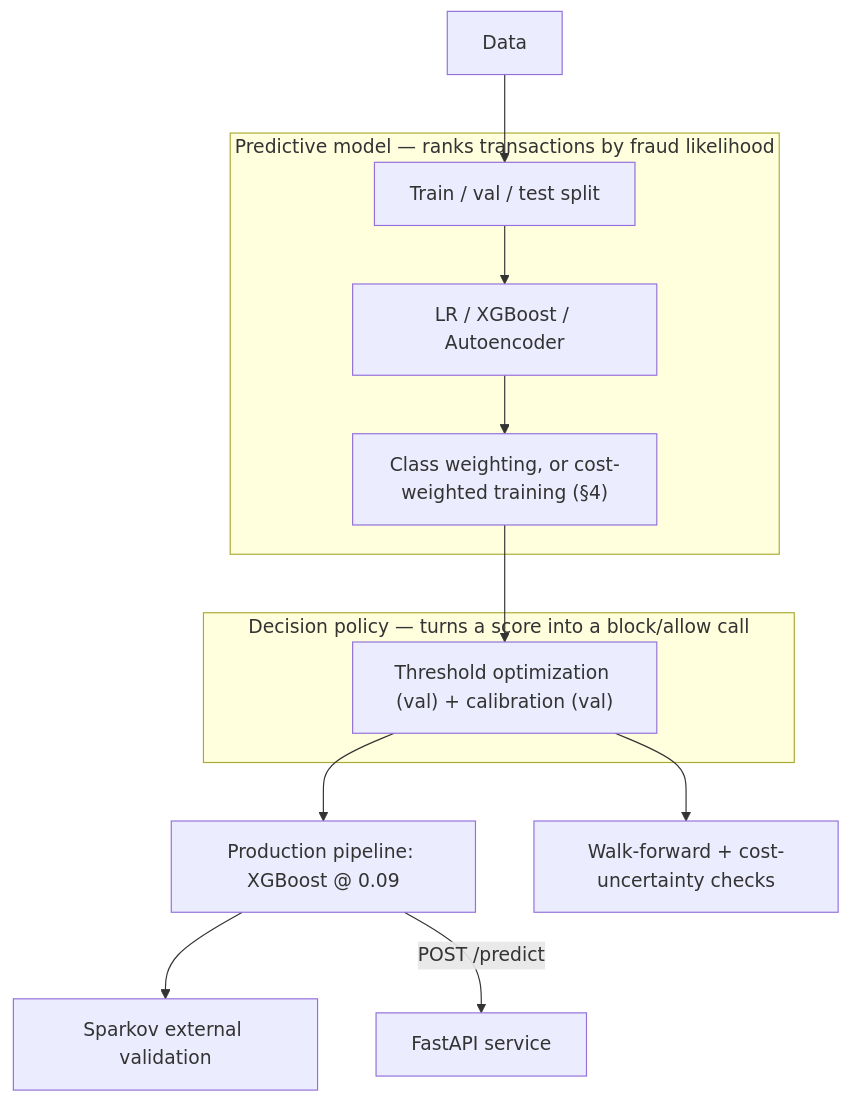
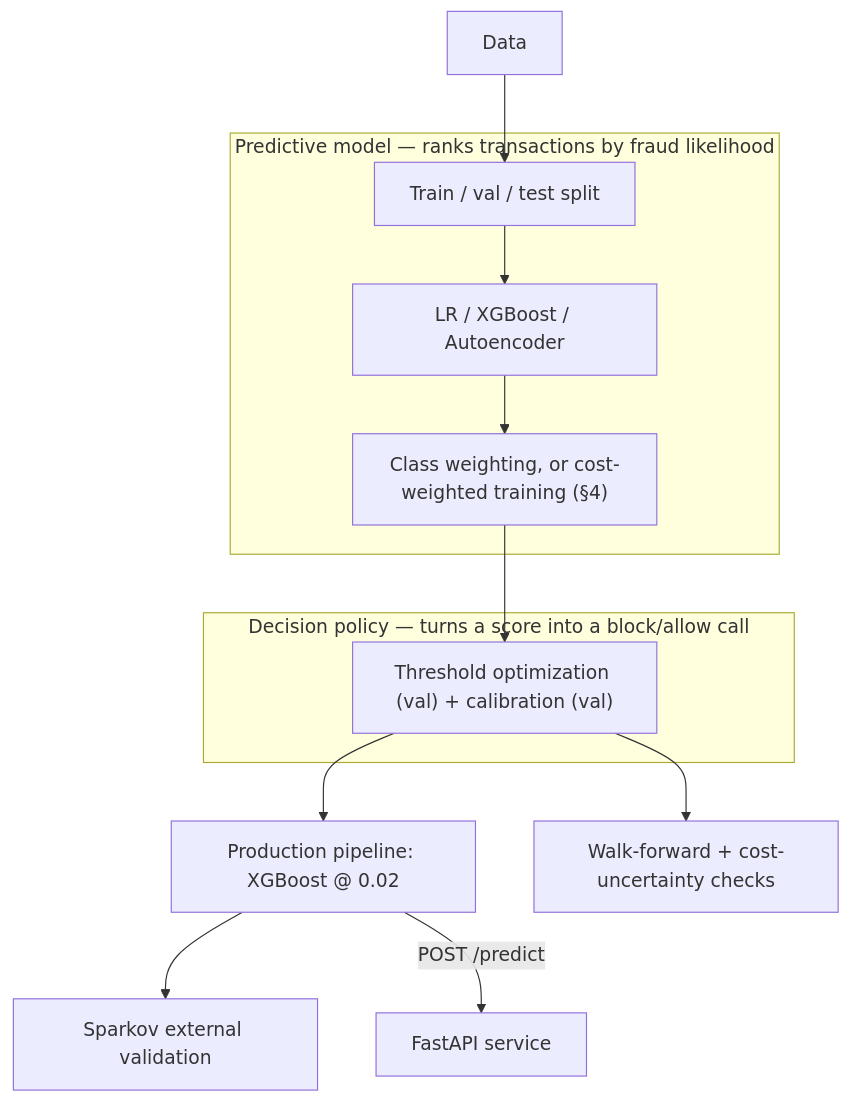
The first of 2 diagrams in README.md (Charith-Reddy-Pareddy/Cost-Sensitive-Fraud-Detection-with-Threshold-Optimization), drawn with Mermaid before and after one commit. The commit also changed other lines of this file and 2 other files, not shown here.

Commit message:
Update docs for new production threshold

````diff
--- a/README.md
+++ b/README.md
@@ -89,15 +89,15 @@
 ```mermaid
 flowchart TD
     A["Data"] --> B["Train / val / test split"]
     subgraph MODEL["Predictive model — ranks transactions by fraud likelihood"]
         B --> C["LR / XGBoost / Autoencoder"]
         C --> D["Class weighting, or cost-weighted training (§4)"]
     end
     subgraph POLICY["Decision policy — turns a score into a block/allow call"]
         D --> E["Threshold optimization (val) + calibration (val)"]
     end
-    E --> F["Production pipeline: XGBoost @ 0.09"]
+    E --> F["Production pipeline: XGBoost @ 0.02"]
     E --> G["Walk-forward + cost-uncertainty checks"]
     F --> H["Sparkov external validation"]
     F -->|"POST /predict"| I["FastAPI service"]
 ```
````
